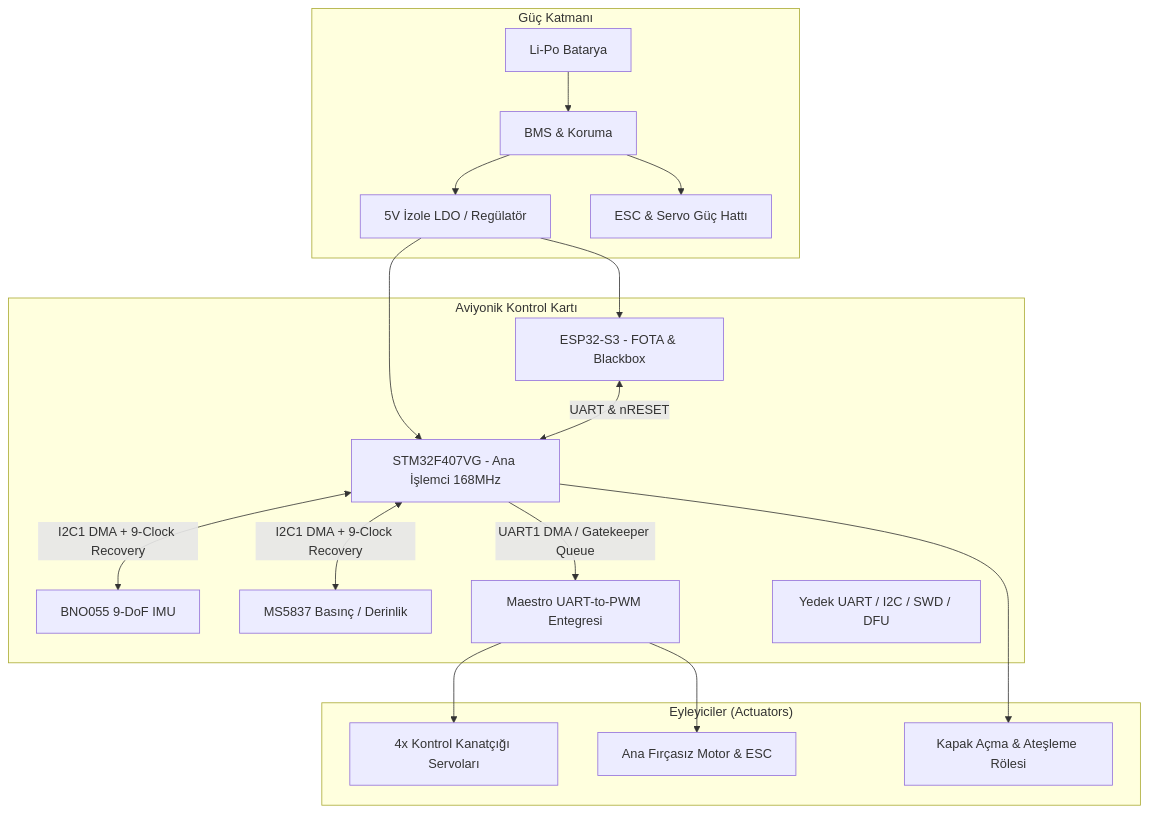
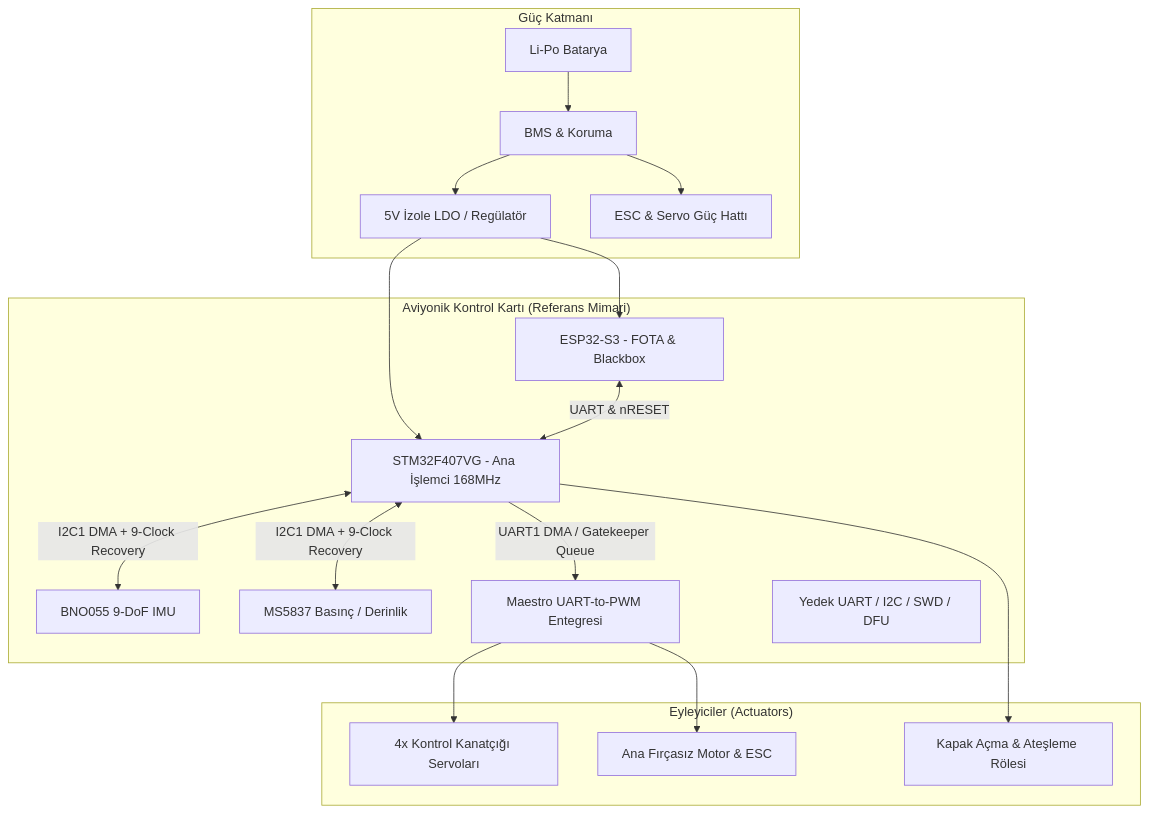
The second of 3 diagrams in README.md (bahattinyunus/teknofest_su_alti_roket), drawn with Mermaid before and after one commit. The commit also changed other lines of this file and 7 other files, not shown here.

````diff
--- a/README.md
+++ b/README.md
@@ -68,33 +78,33 @@
 ```mermaid
 graph TD
     subgraph "Güç Katmanı"
         BATT[Li-Po Batarya] --> BMS[BMS & Koruma]
         BMS --> REG_5V[5V İzole LDO / Regülatör]
         BMS --> REG_PWR[ESC & Servo Güç Hattı]
     end
 
-    subgraph "Aviyonik Kontrol Kartı"
+    subgraph "Aviyonik Kontrol Kartı (Referans Mimari)"
         STM32[STM32F407VG - Ana İşlemci 168MHz]
         ESP32[ESP32-S3 - FOTA & Blackbox]
         IMU[BNO055 9-DoF IMU]
         PRESS[MS5837 Basınç / Derinlik]
         MAESTRO[Maestro UART-to-PWM Entegresi]
         REDUNDANT[Yedek UART / I2C / SWD / DFU]
     end
 
     subgraph "Eyleyiciler (Actuators)"
         SERVOS[4x Kontrol Kanatçığı Servoları]
         BLDC[Ana Fırçasız Motor & ESC]
         HATCH[Kapak Açma & Ateşleme Rölesi]
     end
 
     REG_5V --> STM32
     REG_5V --> ESP32
     ESP32 <-->|UART & nRESET| STM32
     STM32 <-->|I2C1 DMA + 9-Clock Recovery| IMU
     STM32 <-->|I2C1 DMA + 9-Clock Recovery| PRESS
     STM32 -->|UART1 DMA / Gatekeeper Queue| MAESTRO
     MAESTRO --> SERVOS
     MAESTRO --> BLDC
     STM32 --> HATCH
 ```
````
